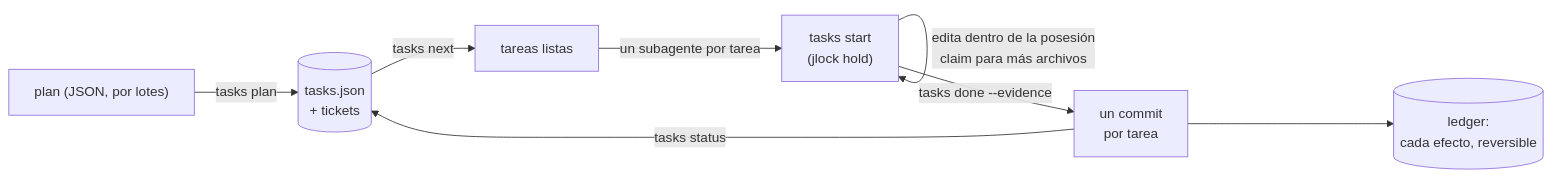
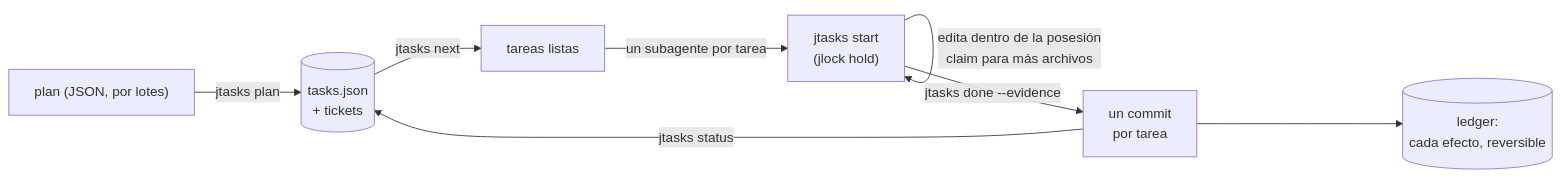
The diagram in README.es.md (rodrigojager/jtasks), drawn with Mermaid before and after one commit. The commit also changed other lines of this file and 98 other files, not shown here.

````diff
--- a/README.es.md
+++ b/README.es.md
@@ -41,10 +41,10 @@
 ```mermaid
 flowchart LR
-  plan["plan (JSON, por lotes)"] -->|tasks plan| list[("tasks.json\n+ tickets")]
-  list -->|tasks next| ready["tareas listas"]
-  ready -->|un subagente por tarea| work["tasks start\n(jlock hold)"]
+  plan["plan (JSON, por lotes)"] -->|jtasks plan| list[("tasks.json\n+ tickets")]
+  list -->|jtasks next| ready["tareas listas"]
+  ready -->|un subagente por tarea| work["jtasks start\n(jlock hold)"]
   work -->|edita dentro de la posesión\nclaim para más archivos| work
-  work -->|tasks done --evidence| commit["un commit\npor tarea"]
+  work -->|jtasks done --evidence| commit["un commit\npor tarea"]
   commit --> ledger[("ledger:\ncada efecto, reversible")]
-  commit -->|tasks status| list
+  commit -->|jtasks status| list
 ```
````
